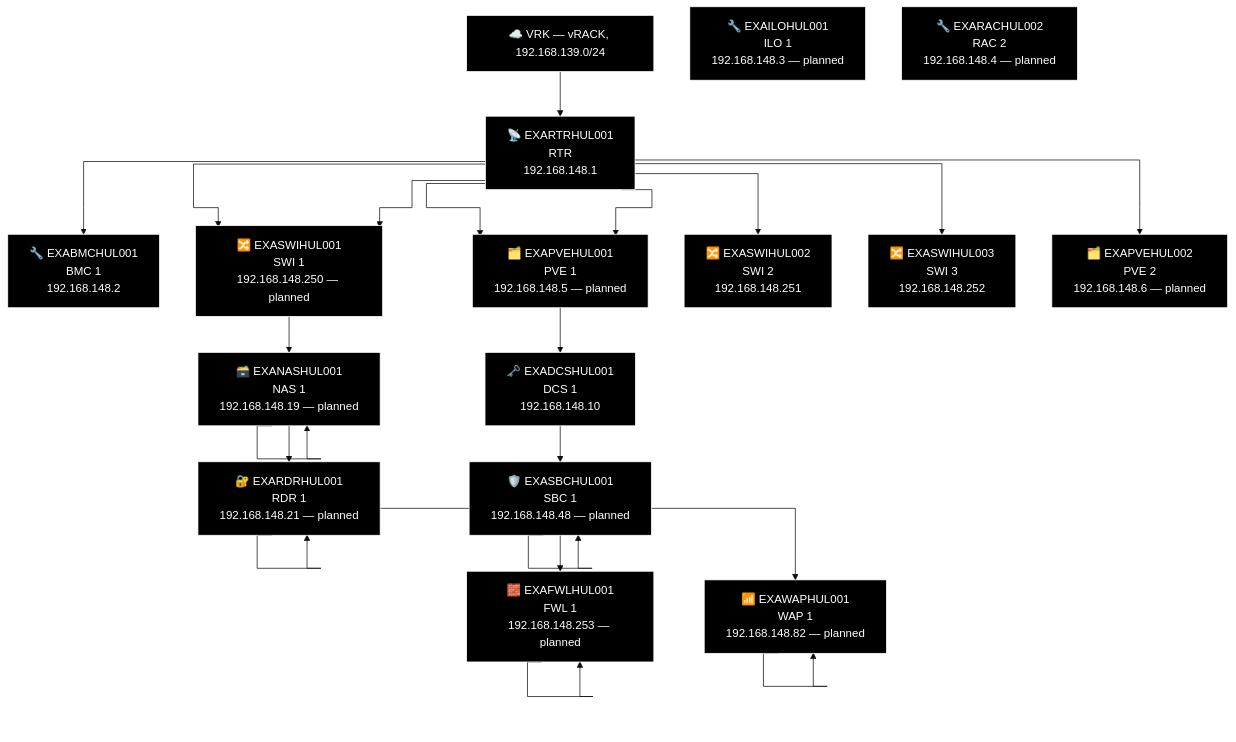
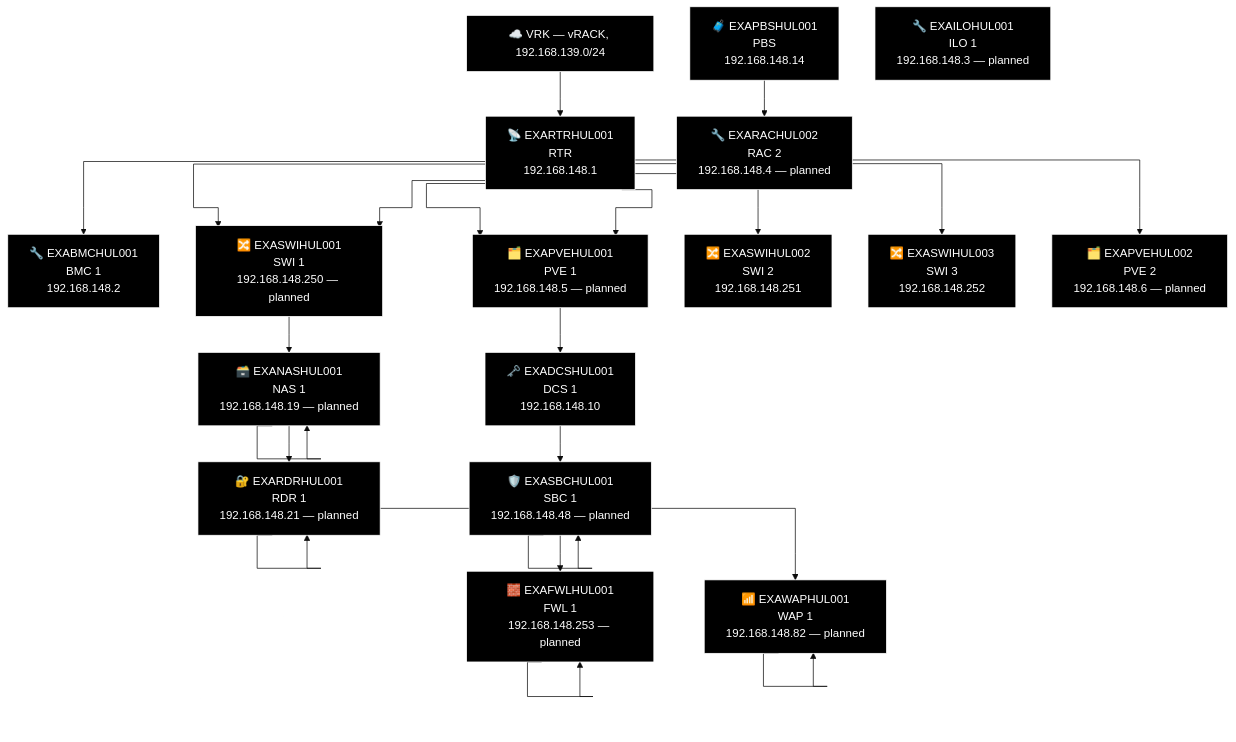
Before and after one commit to knightmare2600/example_music_infra: diagram 24 of 27 in docs/network-diagram/england.md, drawn with Mermaid (base theme). The commit also changed other lines of this file and 14 other files, not shown here.

First line of the commit message:
docs/network-diagram: regenerate, every site was missing its PBS node

````diff
--- a/docs/network-diagram/england.md
+++ b/docs/network-diagram/england.md
@@ -1201,63 +1218,66 @@
 ```mermaid
 %% GENERATED:TOPOLOGY:HUL:START
 %%{init: {'flowchart': {'curve': 'stepAfter'}}}%%
 graph TD
     T_VRK["☁️ VRK — vRACK, 192.168.139.0/24"]
     T_RTR["📡 EXARTRHUL001<br/>RTR<br/>192.168.148.1"]
     T_VRK --> T_RTR
     T_BMC["🔧 EXABMCHUL001<br/>BMC 1<br/>192.168.148.2"]
     T_RTR --> T_BMC
     T_PVE["🗂️ EXAPVEHUL001<br/>PVE 1<br/>192.168.148.5"]
     T_RTR --> T_PVE
     T_SWI["🔀 EXASWIHUL001<br/>SWI 1<br/>192.168.148.250"]
     T_RTR --> T_SWI
     T_SWI2["🔀 EXASWIHUL002<br/>SWI 2<br/>192.168.148.251"]
     T_RTR --> T_SWI2
     T_SWI3["🔀 EXASWIHUL003<br/>SWI 3<br/>192.168.148.252"]
     T_RTR --> T_SWI3
     T_SWI["🔀 EXASWIHUL001<br/>SWI 1<br/>192.168.148.250 — planned"]
     T_RTR --> T_SWI
     T_PVE["🗂️ EXAPVEHUL001<br/>PVE 1<br/>192.168.148.5 — planned"]
     T_RTR --> T_PVE
     T_PVE2["🗂️ EXAPVEHUL002<br/>PVE 2<br/>192.168.148.6 — planned"]
     T_RTR --> T_PVE2
     T_NAS["🗃️ EXANASHUL001<br/>NAS<br/>192.168.148.19"]
     T_NAS["🗃️ EXANASHUL001<br/>NAS 1<br/>192.168.148.19 — planned"]
     T_RDR["🔐 EXARDRHUL001<br/>RDR<br/>192.168.148.21"]
     T_RDR["🔐 EXARDRHUL001<br/>RDR 1<br/>192.168.148.21 — planned"]
     T_WAP["📶 EXAWAPHUL001<br/>WAP 1<br/>192.168.148.82"]
     T_WAP["📶 EXAWAPHUL001<br/>WAP 1<br/>192.168.148.82 — planned"]
     T_SWI --> T_NAS --> T_NAS --> T_RDR --> T_RDR --> T_WAP --> T_WAP
     T_DCS["🗝️ EXADCSHUL001<br/>DCS 1<br/>192.168.148.10"]
     T_SBC["🛡️ EXASBCHUL001<br/>SBC<br/>192.168.148.48"]
     T_SBC["🛡️ EXASBCHUL001<br/>SBC 1<br/>192.168.148.48 — planned"]
     T_FWL["🧱 EXAFWLHUL001<br/>LAN Face<br/>192.168.148.253"]
     T_FWL["🧱 EXAFWLHUL001<br/>FWL 1<br/>192.168.148.253 — planned"]
     T_PVE --> T_DCS --> T_SBC --> T_SBC --> T_FWL --> T_FWL
+    T_PBS["🧳 EXAPBSHUL001<br/>PBS<br/>192.168.148.14"]
     T_ILO["🔧 EXAILOHUL001<br/>ILO 1<br/>192.168.148.3 — planned"]
     T_RAC["🔧 EXARACHUL002<br/>RAC 2<br/>192.168.148.4 — planned"]
+    T_PBS --> T_RAC
     style T_VRK fill:#000000,stroke:#FFFFFF,color:#FFFFFF
     style T_RTR fill:#000000,stroke:#FFFFFF,color:#FFFFFF
     style T_BMC fill:#000000,stroke:#FFFFFF,color:#FFFFFF
     style T_PVE fill:#000000,stroke:#FFFFFF,color:#FFFFFF
     style T_SWI fill:#000000,stroke:#FFFFFF,color:#FFFFFF
     style T_SWI2 fill:#000000,stroke:#FFFFFF,color:#FFFFFF
     style T_SWI3 fill:#000000,stroke:#FFFFFF,color:#FFFFFF
     style T_SWI fill:#000000,stroke:#FFFFFF,color:#FFFFFF
     style T_PVE fill:#000000,stroke:#FFFFFF,color:#FFFFFF
     style T_PVE2 fill:#000000,stroke:#FFFFFF,color:#FFFFFF
     style T_NAS fill:#000000,stroke:#FFFFFF,color:#FFFFFF
     style T_NAS fill:#000000,stroke:#FFFFFF,color:#FFFFFF
     style T_RDR fill:#000000,stroke:#FFFFFF,color:#FFFFFF
     style T_RDR fill:#000000,stroke:#FFFFFF,color:#FFFFFF
     style T_WAP fill:#000000,stroke:#FFFFFF,color:#FFFFFF
     style T_WAP fill:#000000,stroke:#FFFFFF,color:#FFFFFF
     style T_DCS fill:#000000,stroke:#FFFFFF,color:#FFFFFF
     style T_SBC fill:#000000,stroke:#FFFFFF,color:#FFFFFF
     style T_SBC fill:#000000,stroke:#FFFFFF,color:#FFFFFF
     style T_FWL fill:#000000,stroke:#FFFFFF,color:#FFFFFF
     style T_FWL fill:#000000,stroke:#FFFFFF,color:#FFFFFF
+    style T_PBS fill:#000000,stroke:#FFFFFF,color:#FFFFFF
     style T_ILO fill:#000000,stroke:#FFFFFF,color:#FFFFFF
     style T_RAC fill:#000000,stroke:#FFFFFF,color:#FFFFFF
 %% GENERATED:TOPOLOGY:HUL:END
 ```
````
